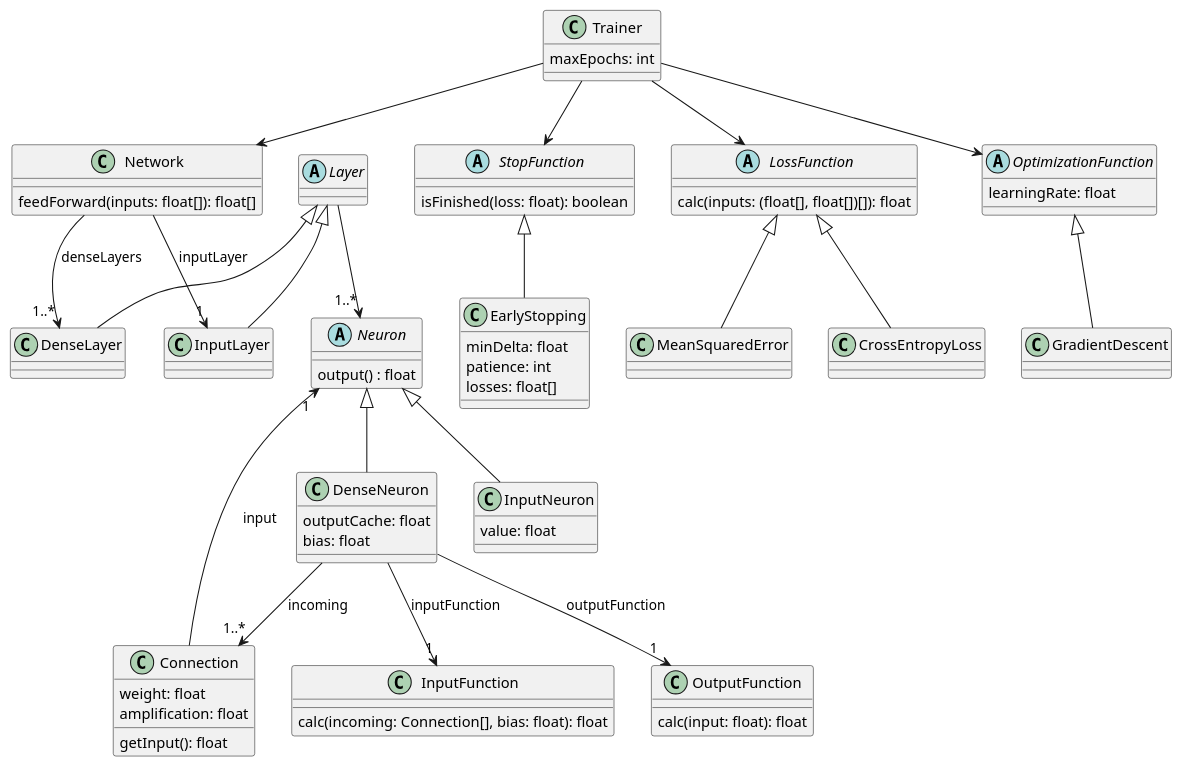
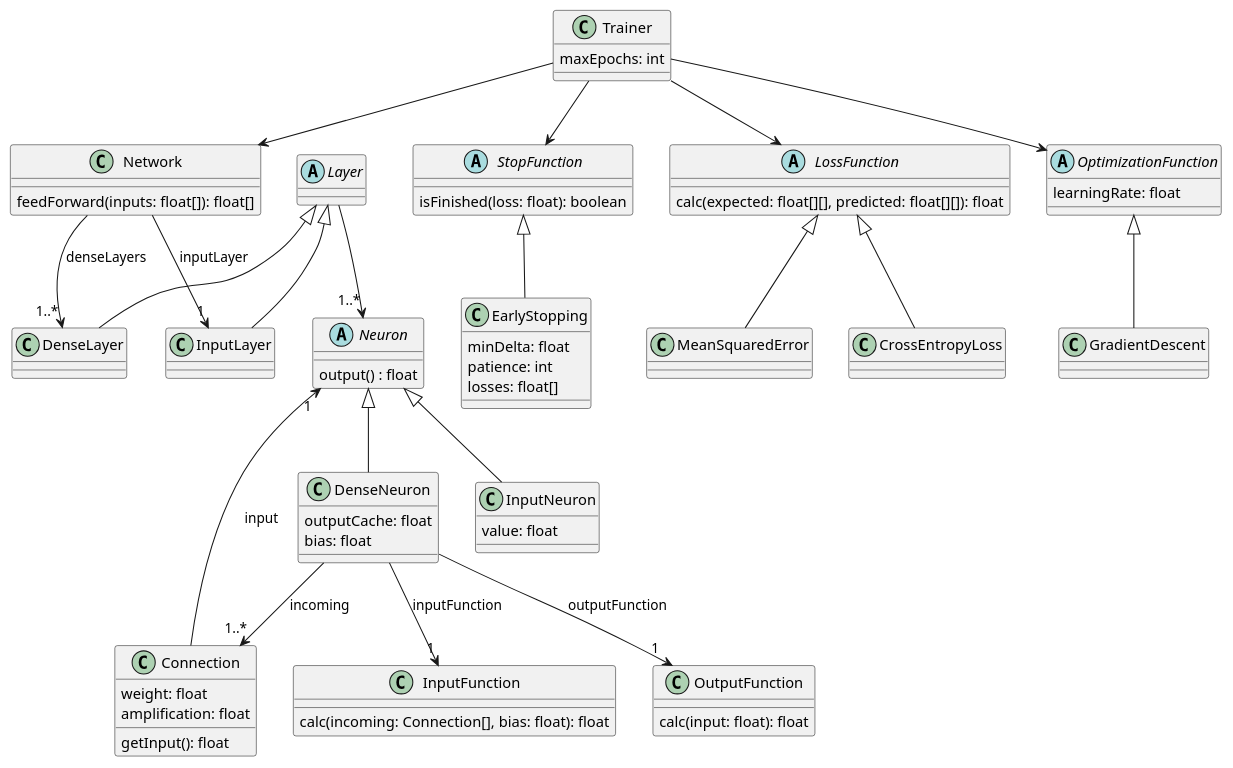
Before and after one commit to IP-TeamC/KNN: the diagram in knn.plantuml, drawn with PlantUML.

Commit message:
update loss function

```diff
--- a/knn.plantuml
+++ b/knn.plantuml
@@ -1,100 +1,103 @@
 @startuml
 
 Trainer --> Network
 Trainer --> StopFunction
 Trainer --> LossFunction
 Trainer --> OptimizationFunction
 class Trainer {
     maxEpochs: int
 }
 
 ' Early Stopping
 abstract class StopFunction {
     isFinished(loss: float): boolean
 }
 
 StopFunction <|-- EarlyStopping
 class EarlyStopping {
     minDelta: float
     patience: int
     losses: float[]
 }
 
 abstract class LossFunction {
     ' ( Expected für alle Output-Neuronen, Predicted für alle Output-Neuronen ) je Datensatz
-    calc(inputs: (float[], float[])[]): float
+    'calc(inputs: (float[], float[])[]): float
+
+    ' Expected/Predicted für alle Output-Neuronen (innen) je Datensatz (außen)
+    calc(expected: float[][], predicted: float[][]): float
 }
 
 LossFunction <|-- MeanSquaredError
 class MeanSquaredError {
 }
 
 LossFunction <|-- CrossEntropyLoss
 class CrossEntropyLoss {
 }
 
 ' Lernfunktion: Gradient Descent / Lernfunktion
 abstract class OptimizationFunction {
     learningRate: float
 
 }
 
 OptimizationFunction <|-- GradientDescent
 class GradientDescent {
     ' TODO?
 }
 
 Network --> "1" InputLayer : inputLayer
 Network --> "1..*" DenseLayer : denseLayers
 class Network {
     feedForward(inputs: float[]): float[]
 }
 
 ' Ausgabe (Aktivierungsfunktion)
 class OutputFunction {
     calc(input: float): float
 }
 
 ' Übertragungsfunktion
 class InputFunction {
     calc(incoming: Connection[], bias: float): float
 }
 
 Connection --> "1" Neuron : input
 class Connection {
     weight: float
     amplification: float
     getInput(): float
 }
 
 Neuron <|-- InputNeuron
 class InputNeuron {
     value: float
 }
 
 DenseNeuron --> "1" OutputFunction : outputFunction
 DenseNeuron --> "1" InputFunction : inputFunction
 DenseNeuron --> "1..*" Connection : incoming
 Neuron <|-- DenseNeuron
 class DenseNeuron {
     outputCache: float
     bias: float
 }
 
 abstract class Neuron {
     output() : float
 }
 
 Layer --> "1..*" Neuron
 abstract class Layer {
 }
 
 Layer <|-- InputLayer
 class InputLayer {
 }
 
 Layer <|-- DenseLayer
 class DenseLayer {
 }
 
 @enduml
```
